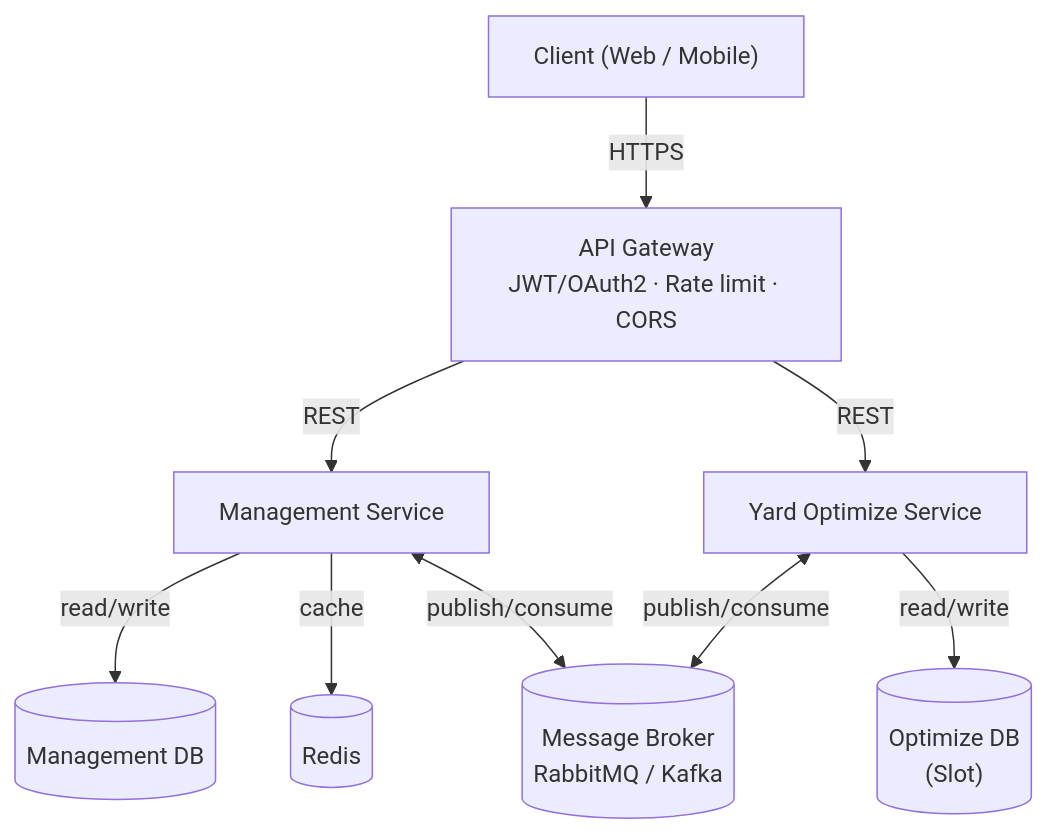
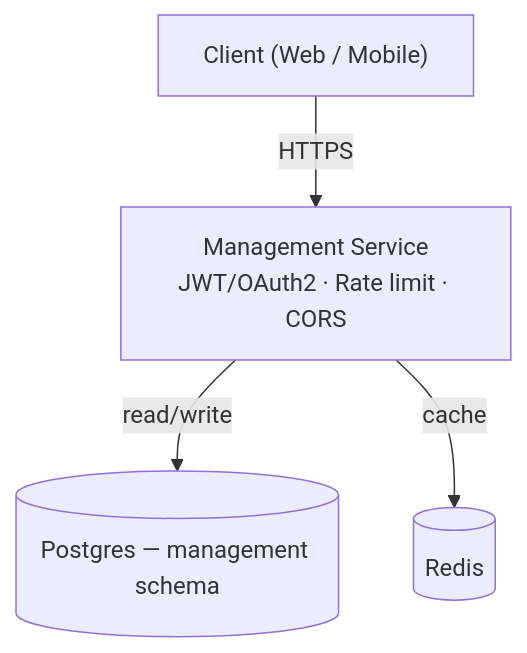
One commit to ColorOfDreams/ContainerYardManagement changed the diagram in README.md. Above: the diagram before and after it, drawn with Mermaid. The commit also changed other lines of this file and 30 other files, not shown here.

Commit message:
Add database module, remove Optimize service, update docs

````diff
--- a/README.md
+++ b/README.md
@@ -12,13 +11,6 @@
 ```mermaid
 flowchart TD
-    Client["Client (Web / Mobile)"] -->|HTTPS| Gateway["API Gateway<br/>JWT/OAuth2 · Rate limit · CORS"]
-    Gateway -->|REST| Mgmt["Management Service"]
-    Gateway -->|REST| Opt["Yard Optimize Service"]
-
-    Mgmt -->|read/write| MgmtDB[("Management DB")]
+    Client["Client (Web / Mobile)"] -->|HTTPS| Mgmt["Management Service<br/>JWT/OAuth2 · Rate limit · CORS"]
+    Mgmt -->|read/write| MgmtDB[("Postgres — management schema")]
     Mgmt -->|cache| Redis[("Redis")]
-    Opt -->|read/write| OptDB[("Optimize DB<br/>(Slot)")]
-
-    Mgmt <-->|publish/consume| Broker[("Message Broker<br/>RabbitMQ / Kafka")]
-    Opt <-->|publish/consume| Broker
 ```
````
